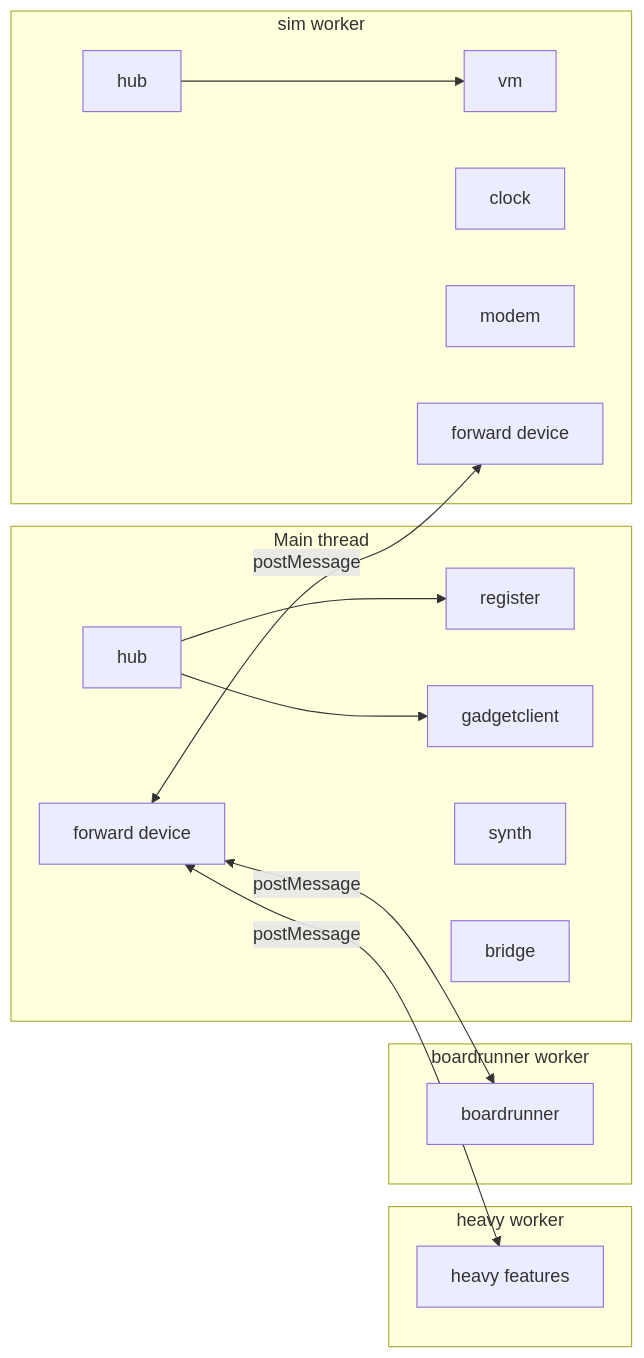
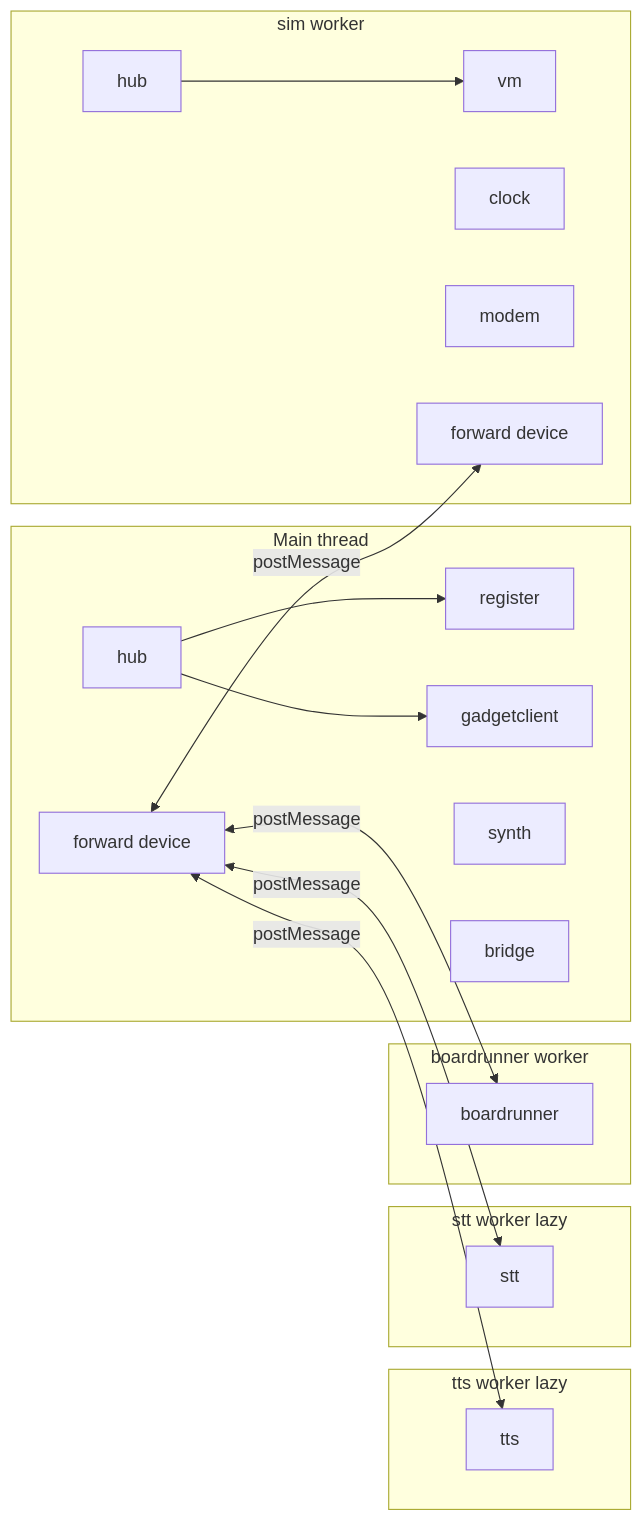
The diagram in zss/ARCHITECTURE.md (goldbuick/zed-software-system), drawn with Mermaid before and after one commit. The commit also changed other lines of this file and 21 other files, not shown here.

````diff
--- a/zss/ARCHITECTURE.md
+++ b/zss/ARCHITECTURE.md
@@ -75,30 +75,34 @@
 ```mermaid
 flowchart LR
   subgraph main [Main thread]
     Register[register]
     GadgetClient[gadgetclient]
     Synth[synth]
     Bridge[bridge]
     HubMain[hub]
     ForwardMain[forward device]
   end
   subgraph sim [sim worker]
     VM[vm]
     Clock[clock]
     Modem[modem]
     HubSim[hub]
     ForwardSim[forward device]
   end
-  subgraph heavy [heavy worker]
-    HeavyDev[heavy features]
+  subgraph tts [tts worker lazy]
+    TTSDev[tts]
+  end
+  subgraph stt [stt worker lazy]
+    STTDev[stt]
   end
   subgraph br [boardrunner worker]
     BoardRunner[boardrunner]
   end
   ForwardMain <-->|postMessage| ForwardSim
-  ForwardMain <-->|postMessage| HeavyDev
+  ForwardMain <-->|postMessage| TTSDev
+  ForwardMain <-->|postMessage| STTDev
   ForwardMain <-->|postMessage| BoardRunner
   HubMain --> Register
   HubMain --> GadgetClient
   HubSim --> VM
 ```
````
